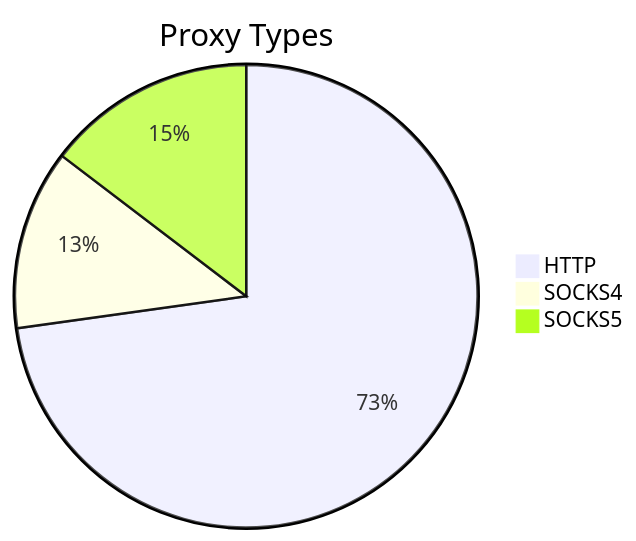
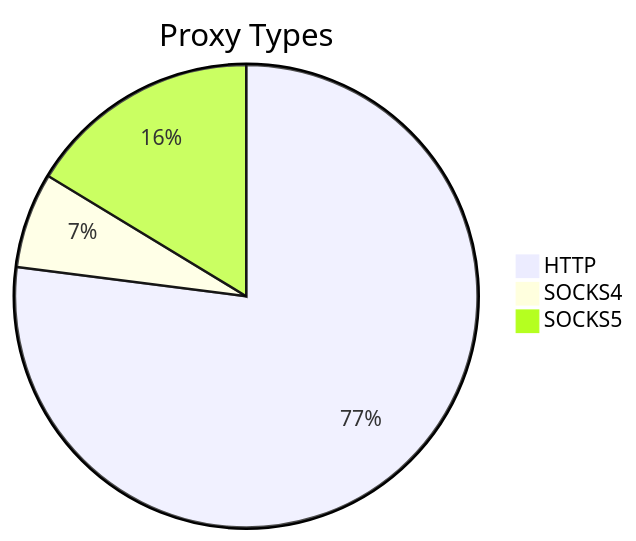
The first of 2 diagrams in README.md (stormsia/proxy-list), drawn with Mermaid before and after one commit. The commit also changed other lines of this file, not shown here.

````diff
--- a/README.md
+++ b/README.md
@@ -21,6 +21,6 @@
 ```mermaid
 pie title Proxy Types
-    "HTTP" : 706
-    "SOCKS4" : 122
-    "SOCKS5" : 142
+    "HTTP" : 543
+    "SOCKS4" : 47
+    "SOCKS5" : 115
 ```
````
